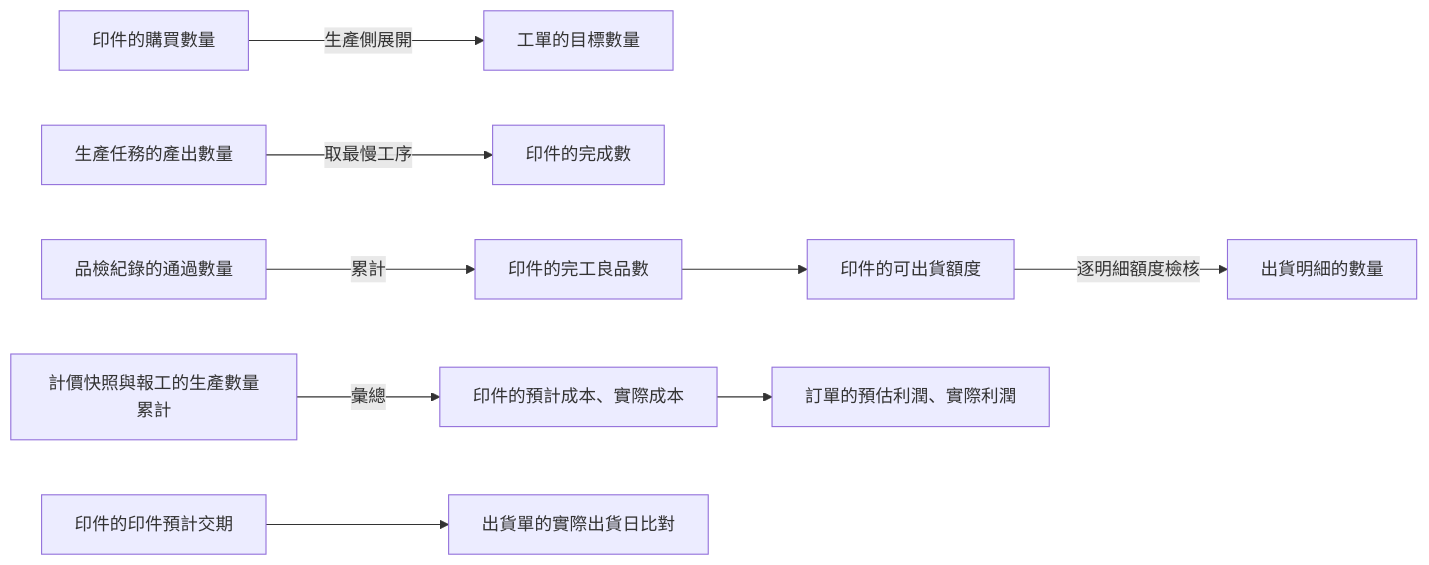
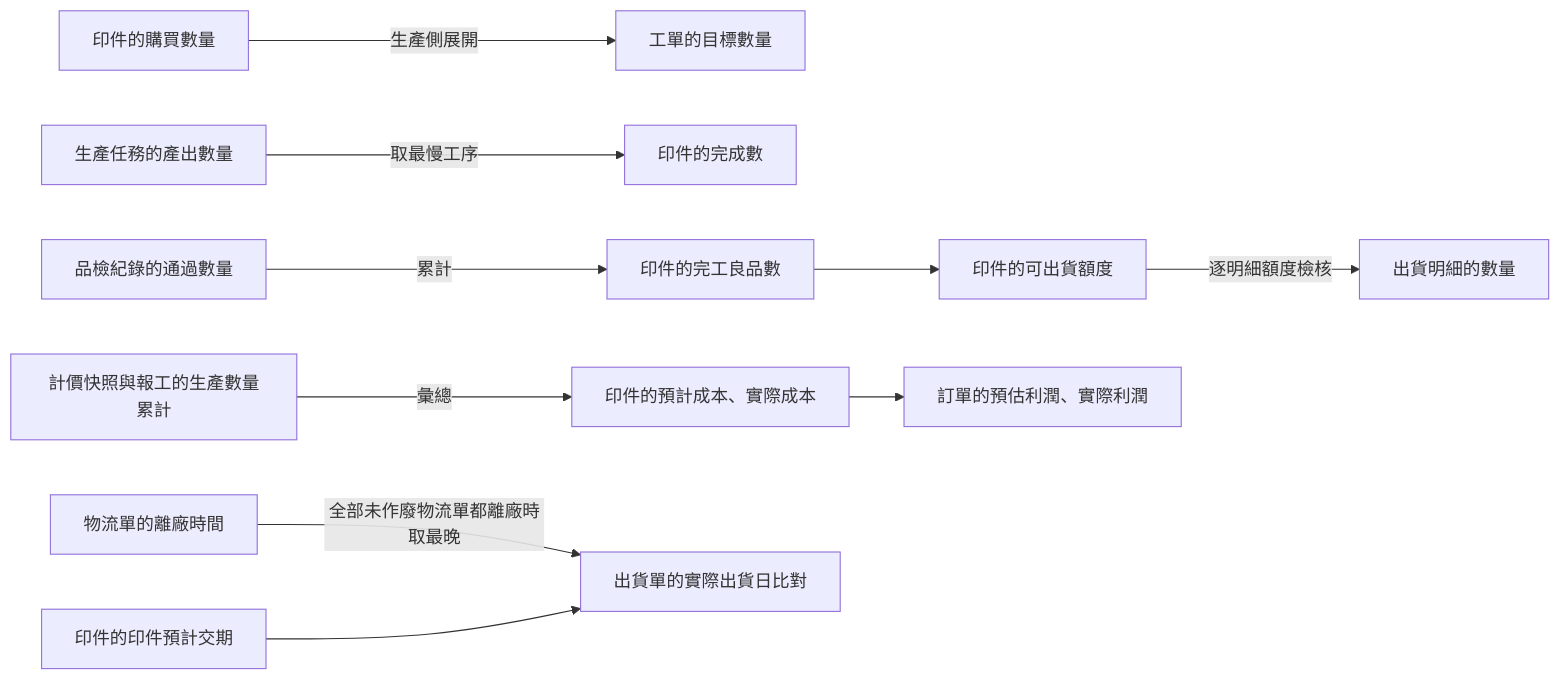
The ninth of 9 diagrams in memory/Sens_wiki/wiki/erp/05-entities/ERP 資料結構總覽.md (Kawato-Miles/erp-spec), drawn with Mermaid before and after one commit. The commit also changed other lines of this file and 29 other files, not shown here.

````diff
--- a/memory/Sens_wiki/wiki/erp/05-entities/ERP 資料結構總覽.md
+++ b/memory/Sens_wiki/wiki/erp/05-entities/ERP 資料結構總覽.md
@@ -282,11 +292,12 @@
 ```mermaid
 flowchart LR
     Q1["印件的購買數量"] -->|"生產側展開"| Q2["工單的目標數量"]
     Q3["生產任務的產出數量"] -->|"取最慢工序"| Q4["印件的完成數"]
     Q5["品檢紀錄的通過數量"] -->|"累計"| Q6["印件的完工良品數"]
     Q6 --> Q7["印件的可出貨額度"]
     Q7 -->|"逐明細額度檢核"| Q8["出貨明細的數量"]
     K1["計價快照與報工的生產數量累計"] -->|"彙總"| K2["印件的預計成本、實際成本"]
     K2 --> K3["訂單的預估利潤、實際利潤"]
+    T0["物流單的離廠時間"] -->|"全部未作廢物流單都離廠時取最晚"| T2
     T1["印件的印件預計交期"] --> T2["出貨單的實際出貨日比對"]
 ```
````
